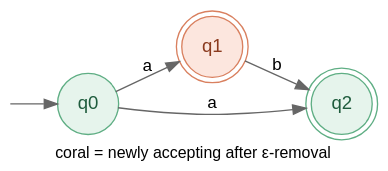
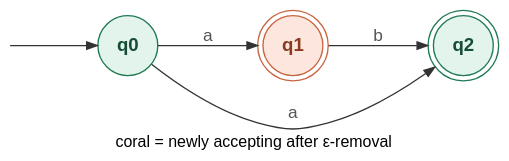
One commit to BillJr99/Ursinus-CS374 changed the diagram in files/dotty/example_nfa_ab_optional.dot. Above: the diagram before and after it, drawn with Graphviz. The commit also changed 11 other files, not shown here.

First line of the commit message:
Day 2 deck: redraw the two examples' diagrams in a straight-row layout (CS374 10/6 brief follow-up)

```diff
--- a/files/dotty/example_nfa_ab_optional.dot
+++ b/files/dotty/example_nfa_ab_optional.dot
@@ -1,15 +1,15 @@
 digraph example_nfa_ab_optional {
-  rankdir=LR;
-  bgcolor="transparent";
+  rankdir=LR; bgcolor="transparent"; nodesep=0.5; ranksep=0.9;
+  fontname="Helvetica"; fontsize=12; labelloc=b;
+  node [shape=circle, fixedsize=true, width=0.62, fontname="Helvetica-Bold", fontsize=14, style=filled, group=row];
+  edge [fontname="Helvetica", fontsize=13, color="#333333", fontcolor="#555555", arrowsize=0.8];
+  __start [shape=point, style=invis, width=0, group=row];
   label="coral = newly accepting after ε-removal";
-  labelloc=b; fontname="Helvetica"; fontsize=12;
-  node [shape=circle, fontname="Helvetica", fontsize=14, style=filled, fillcolor="#E6F4EC", color="#5FAE84", fontcolor="#1F5C3D"];
-  edge [fontname="Courier", fontsize=13, color="#666666"];
-  __start [shape=point, style=invis, width=0];
-  q1 [shape=doublecircle, fillcolor="#FCE6DE", color="#D9805F", fontcolor="#8A3A1E"];
+  node [fillcolor="#E2F4EC", color="#1F7A52", fontcolor="#174D35"];
+  q1 [shape=doublecircle, fillcolor="#FCE6DE", color="#C9643F", fontcolor="#8A3A1E"];
   q2 [shape=doublecircle];
   __start -> q0;
   q0 -> q1 [label="a"];
-  q0 -> q2 [label="a"];
   q1 -> q2 [label="b"];
+  q0 -> q2 [label="a", constraint=false];
 }
```
